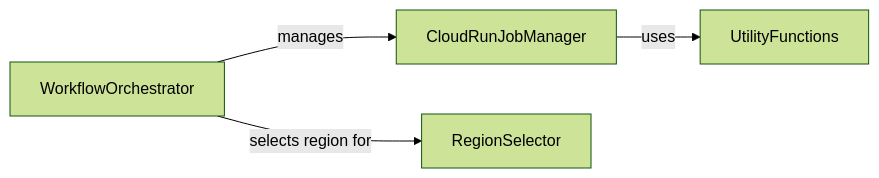
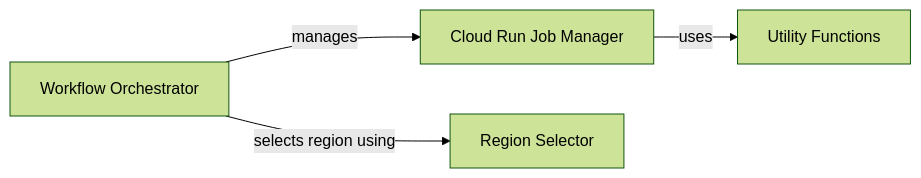
One commit to CodeBoarding/GeneratedOnBoardings changed the diagram in VertFlow/on_boarding.md. Above: the diagram before and after it, drawn with Mermaid (forest theme). The commit also changed other lines of this file and 8 other files, not shown here.

Commit message:
Uploading onboarding materials for VertFlow

````diff
--- a/VertFlow/on_boarding.md
+++ b/VertFlow/on_boarding.md
@@ -1,14 +1,14 @@
 ```mermaid
 graph LR
-    CloudRunJobManager["CloudRunJobManager"]
-    RegionSelector["RegionSelector"]
-    WorkflowOrchestrator["WorkflowOrchestrator"]
-    UtilityFunctions["UtilityFunctions"]
-    WorkflowOrchestrator -- "manages" --> CloudRunJobManager
-    WorkflowOrchestrator -- "selects region for" --> RegionSelector
-    CloudRunJobManager -- "uses" --> UtilityFunctions
-    click CloudRunJobManager href "https://github.com/CodeBoarding/GeneratedOnBoardings/blob/main/VertFlow/CloudRunJobManager.md" "Details"
-    click RegionSelector href "https://github.com/CodeBoarding/GeneratedOnBoardings/blob/main/VertFlow/RegionSelector.md" "Details"
-    click WorkflowOrchestrator href "https://github.com/CodeBoarding/GeneratedOnBoardings/blob/main/VertFlow/WorkflowOrchestrator.md" "Details"
-    click UtilityFunctions href "https://github.com/CodeBoarding/GeneratedOnBoardings/blob/main/VertFlow/UtilityFunctions.md" "Details"
+    Cloud_Run_Job_Manager["Cloud Run Job Manager"]
+    Region_Selector["Region Selector"]
+    Workflow_Orchestrator["Workflow Orchestrator"]
+    Utility_Functions["Utility Functions"]
+    Workflow_Orchestrator -- "manages" --> Cloud_Run_Job_Manager
+    Workflow_Orchestrator -- "selects region using" --> Region_Selector
+    Cloud_Run_Job_Manager -- "uses" --> Utility_Functions
+    click Cloud_Run_Job_Manager href "https://github.com/CodeBoarding/GeneratedOnBoardings/blob/main/VertFlow/Cloud Run Job Manager.md" "Details"
+    click Region_Selector href "https://github.com/CodeBoarding/GeneratedOnBoardings/blob/main/VertFlow/Region Selector.md" "Details"
+    click Workflow_Orchestrator href "https://github.com/CodeBoarding/GeneratedOnBoardings/blob/main/VertFlow/Workflow Orchestrator.md" "Details"
+    click Utility_Functions href "https://github.com/CodeBoarding/GeneratedOnBoardings/blob/main/VertFlow/Utility Functions.md" "Details"
 ```
````
